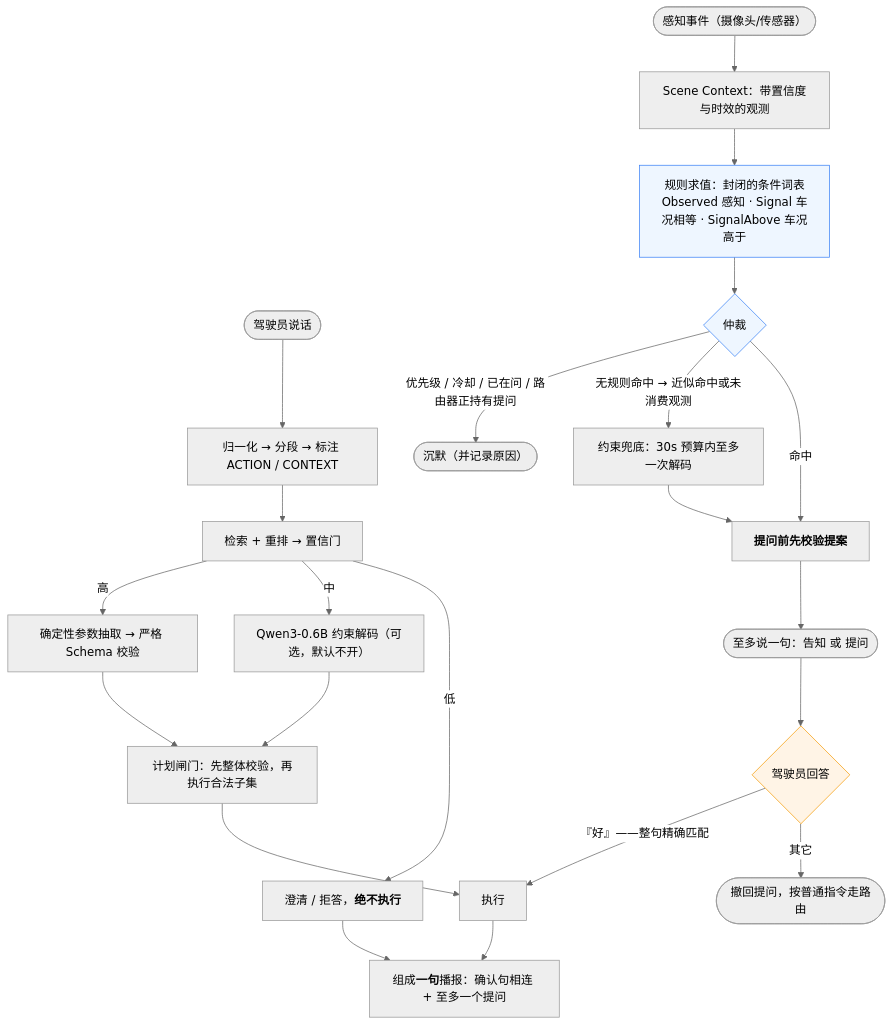
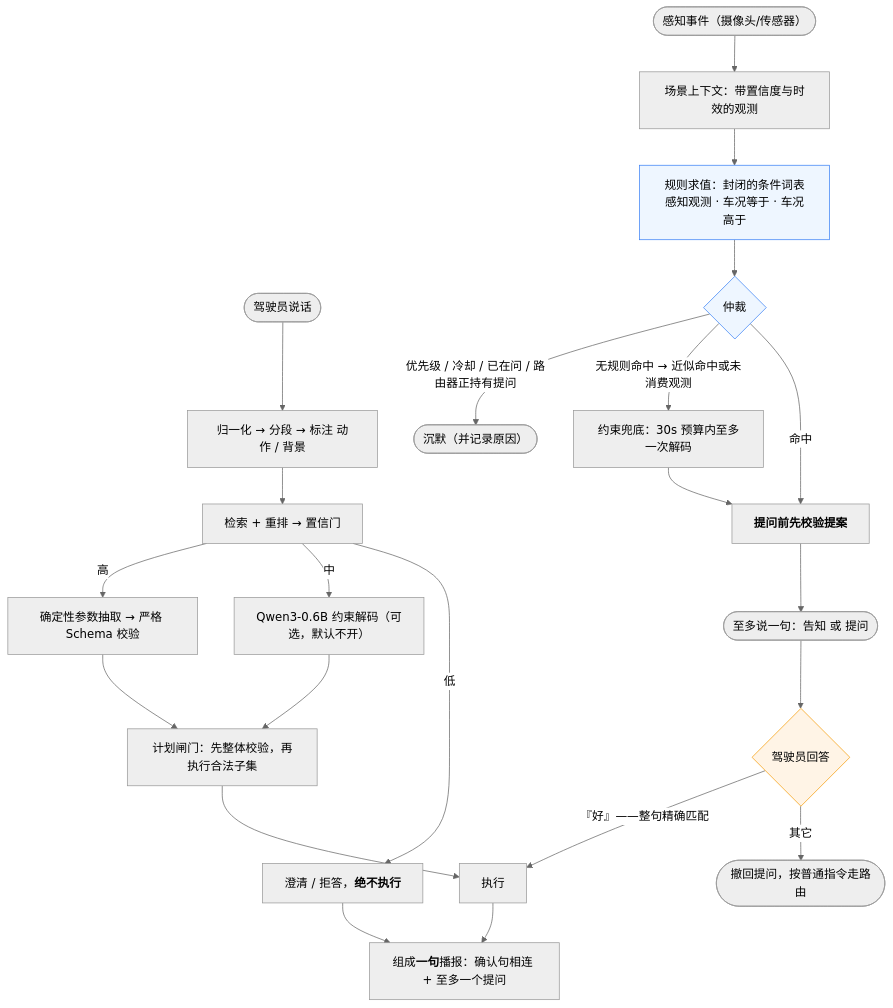
One commit to vinc-lin/text-to-function changed the second of 2 diagrams in docs/OVERVIEW.zh.md. Above: the diagram before and after it, drawn with Mermaid (neutral theme). The commit also changed other lines of this file, not shown here.

````diff
--- a/docs/OVERVIEW.zh.md
+++ b/docs/OVERVIEW.zh.md
@@ -54,29 +54,29 @@
 ```mermaid
 flowchart TB
-    U(["驾驶员说话"]) --> A["归一化 → 分段 → 标注 ACTION / CONTEXT"]
+    U(["驾驶员说话"]) --> A["归一化 → 分段 → 标注 动作 / 背景"]
     A --> B["检索 + 重排 → 置信门"]
     B -->|高| C["确定性参数抽取 → 严格 Schema 校验"]
     B -->|中| D["Qwen3-0.6B 约束解码（可选，默认不开）"]
     B -->|低| Q["澄清 / 拒答，<b>绝不执行</b>"]
     C --> P["计划闸门：先整体校验，再执行合法子集"]
     D --> P
     P --> X["执行"]
     X --> RP["组成<b>一句</b>播报：确认句相连 + 至多一个提问"]
     Q --> RP
 
-    S1(["感知事件（摄像头/传感器）"]) --> S2["Scene Context：带置信度与时效的观测"]
-    S2 --> S3["规则求值：封闭的条件词表<br/>Observed 感知 · Signal 车况相等 · SignalAbove 车况高于"]
+    S1(["感知事件（摄像头/传感器）"]) --> S2["场景上下文：带置信度与时效的观测"]
+    S2 --> S3["规则求值：封闭的条件词表<br/>感知观测 · 车况等于 · 车况高于"]
     S3 --> S4{"仲裁"}
     S4 -->|"优先级 / 冷却 / 已在问 / 路由器正持有提问"| S5(["沉默（并记录原因）"])
     S4 -->|"无规则命中 → 近似命中或未消费观测"| S6["约束兜底：30s 预算内至多一次解码"]
     S4 -->|命中| S7["<b>提问前先校验提案</b>"]
     S6 --> S7
     S7 --> S8(["至多说一句：告知 或 提问"])
     S8 --> S9{"驾驶员回答"}
     S9 -->|"『好』——整句精确匹配"| X
     S9 -->|其它| Q9(["撤回提问，按普通指令走路由"])
 
     style S3 fill:#eef6ff,stroke:#3b82f6
     style S4 fill:#eef6ff,stroke:#3b82f6
     style S9 fill:#fff4e6,stroke:#f59e0b
 ```
````
